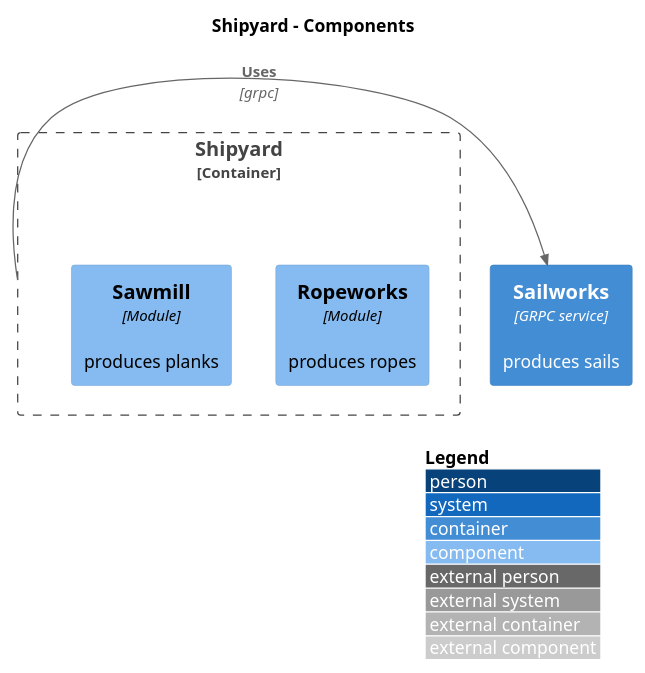
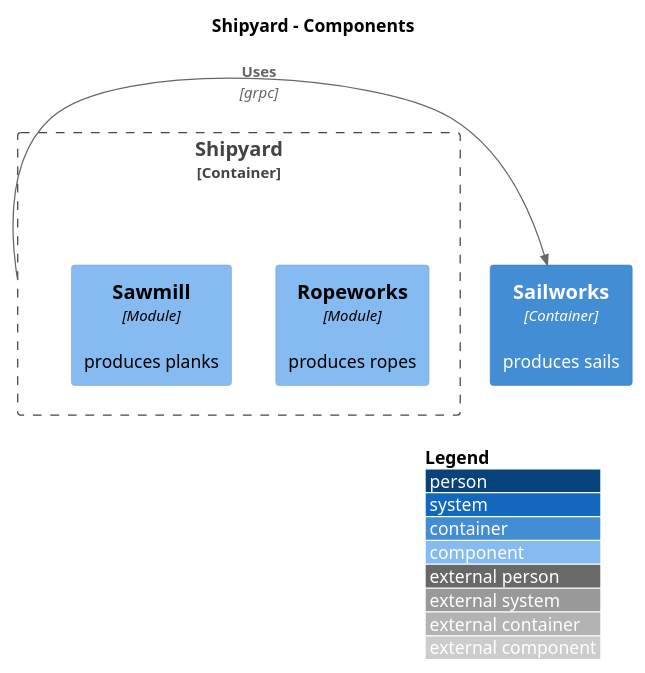
The diagram in modular-monolith/docs/C4_Component.puml (mateuszmidor/GoStudy), drawn with PlantUML before and after one commit. The commit also changed 1 other file, not shown here.

```diff
--- a/modular-monolith/docs/C4_Component.puml
+++ b/modular-monolith/docs/C4_Component.puml
@@ -1,14 +1,14 @@
 @startuml
 !include https://raw.githubusercontent.com/plantuml-stdlib/C4-PlantUML/master/C4_Component.puml
 
 LAYOUT_WITH_LEGEND()
 
 title Shipyard - Components
 
 Container_Boundary(Shipyard, "Shipyard") {
     Component(ropeworks, "Ropeworks", "Module", "produces ropes")
     Component(sawmill, "Sawmill", "Module", "produces planks")
 }
-Container(Sailworks, "Sailworks", "GRPC service", "produces sails")
+Container(Sailworks, "Sailworks", "Container", "produces sails")
 Rel_Neighbor(Shipyard, Sailworks, "Uses", "grpc")
 @enduml
```
